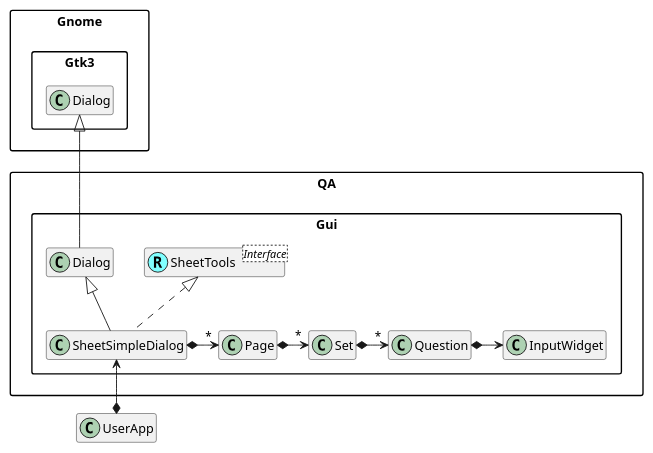
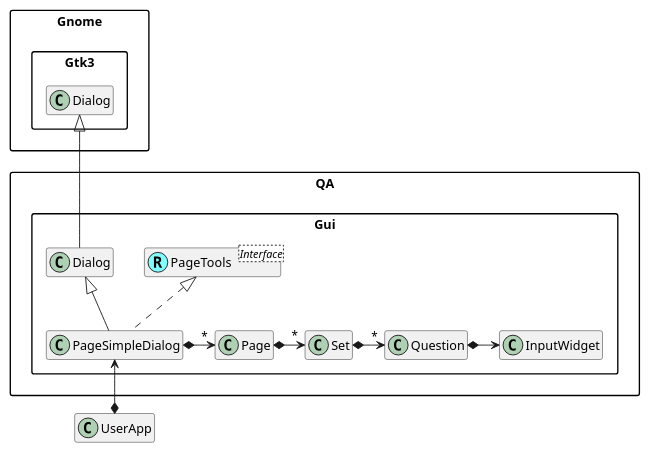
The fourth of 5 diagrams in doc/design.md (MARTIMM/question-answer), drawn with PlantUML before and after one commit. The commit also changed other lines of this file and 2 other files, not shown here.

Commit message:
more design and notes

````diff
--- a/doc/design.md
+++ b/doc/design.md
@@ -299,23 +299,23 @@
 ```plantuml
 scale 0.9
 skinparam packageStyle rectangle
 skinparam stereotypeCBackgroundColor #80ffff
 set namespaceSeparator ::
 hide empty members
 
 'Class and interface decorations
-Interface QA::Gui::SheetTools <Interface>
-class QA::Gui::SheetTools <<(R,#80ffff)>>
+Interface QA::Gui::PageTools <Interface>
+class QA::Gui::PageTools <<(R,#80ffff)>>
 
 'Connections
 
-UserApp *-up-> QA::Gui::SheetSimpleDialog
-QA::Gui::Dialog <|-- QA::Gui::SheetSimpleDialog
-QA::Gui::SheetTools <|.. QA::Gui::SheetSimpleDialog
+UserApp *-up-> QA::Gui::PageSimpleDialog
+QA::Gui::Dialog <|-- QA::Gui::PageSimpleDialog
+QA::Gui::PageTools <|.. QA::Gui::PageSimpleDialog
 Gnome::Gtk3::Dialog <|-- QA::Gui::Dialog
 
-QA::Gui::SheetSimpleDialog *-> "*" QA::Gui::Page
+QA::Gui::PageSimpleDialog *-> "*" QA::Gui::Page
 QA::Gui::Page *-> "*" QA::Gui::Set
 QA::Gui::Set *-right-> "*" QA::Gui::Question
 QA::Gui::Question *-right-> QA::Gui::InputWidget
 ```
````
